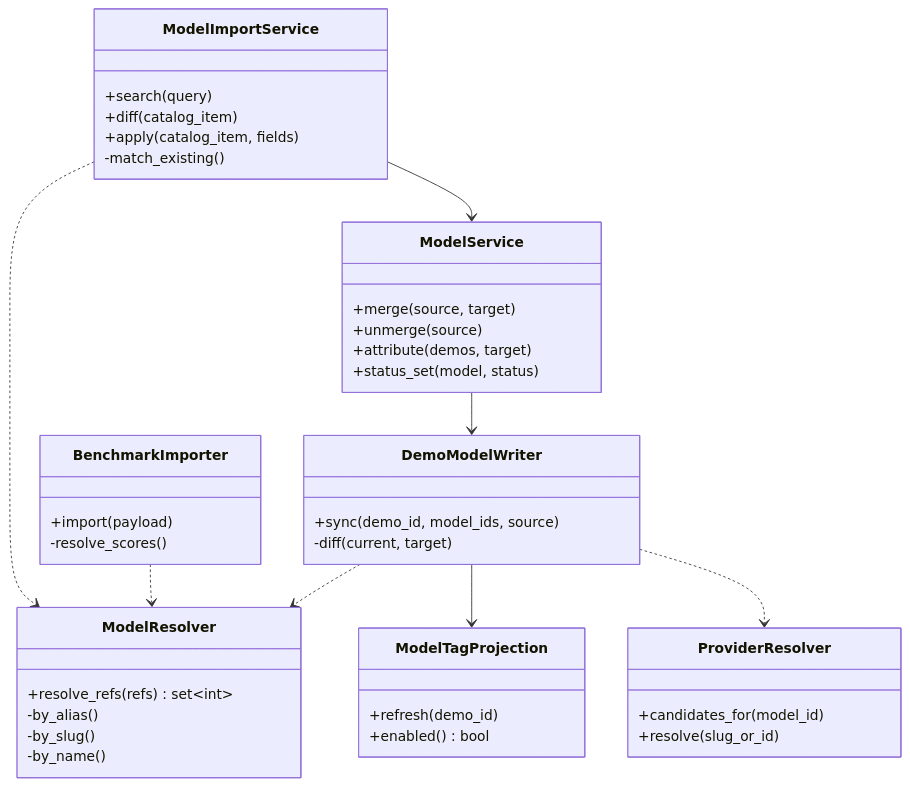
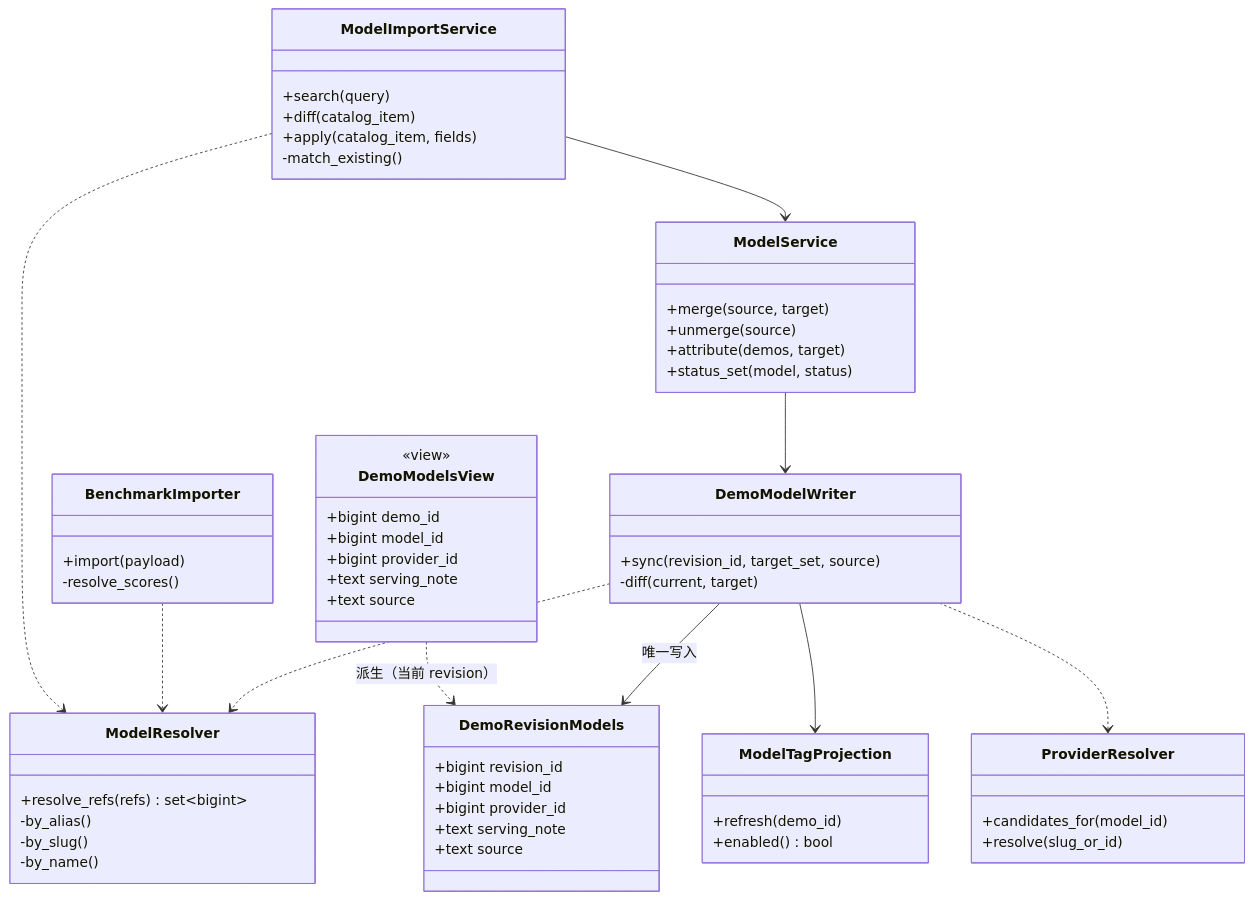
Before and after one commit to deepdemos/ds-demos-showcase: diagram 12 of 14 in docs/模型域设计.md, drawn with Mermaid. The commit also changed other lines of this file and 36 other files, not shown here.

````diff
--- a/docs/模型域设计.md
+++ b/docs/模型域设计.md
@@ -1377,45 +1521,62 @@
 ```mermaid
 classDiagram
     class ModelResolver {
-        +resolve_refs(refs) set~int~
+        +resolve_refs(refs) set~bigint~
         -by_alias()
         -by_slug()
         -by_name()
     }
     class DemoModelWriter {
-        +sync(demo_id, model_ids, source)
+        +sync(revision_id, target_set, source)
         -diff(current, target)
     }
     class ModelTagProjection {
         +refresh(demo_id)
         +enabled() bool
     }
     class ModelService {
         +merge(source, target)
         +unmerge(source)
         +attribute(demos, target)
         +status_set(model, status)
     }
     class BenchmarkImporter {
         +import(payload)
         -resolve_scores()
     }
     class ModelImportService {
         +search(query)
         +diff(catalog_item)
         +apply(catalog_item, fields)
         -match_existing()
     }
     class ProviderResolver {
         +candidates_for(model_id)
         +resolve(slug_or_id)
     }
+    class DemoRevisionModels {
+        +bigint revision_id
+        +bigint model_id
+        +bigint provider_id
+        +text serving_note
+        +text source
+    }
+    class DemoModelsView {
+        <<view>>
+        +bigint demo_id
+        +bigint model_id
+        +bigint provider_id
+        +text serving_note
+        +text source
+    }
 
+    DemoModelWriter --> DemoRevisionModels : 唯一写入
+    DemoModelsView ..> DemoRevisionModels : 派生（当前 revision）
     ModelService --> DemoModelWriter
     DemoModelWriter --> ModelTagProjection
     DemoModelWriter ..> ModelResolver
     DemoModelWriter ..> ProviderResolver
     BenchmarkImporter ..> ModelResolver
     ModelImportService ..> ModelResolver
     ModelImportService --> ModelService
 ```
````
